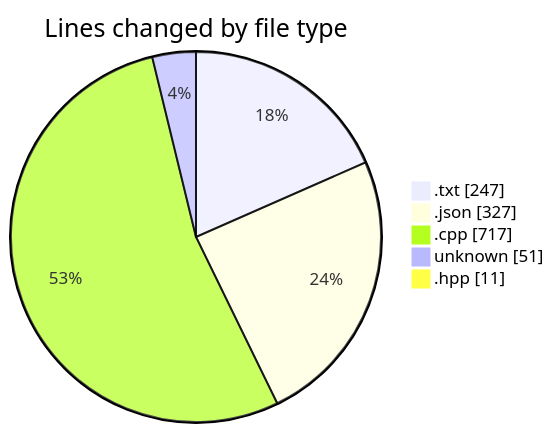
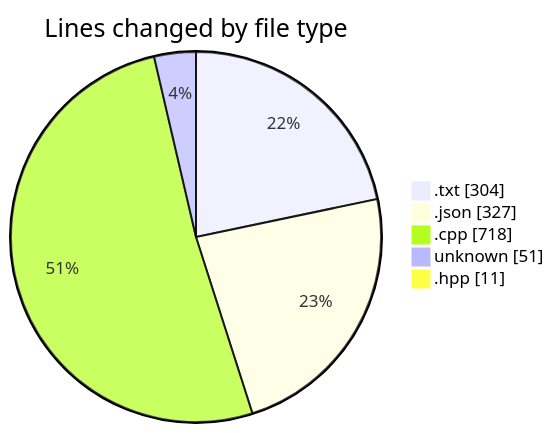
The first of 2 diagrams in 2025-04-07/echo/README.md (Netris89/code-tracking), drawn with Mermaid before and after one commit. The commit also changed other lines of this file and 1 other file, not shown here.

````diff
--- a/2025-04-07/echo/README.md
+++ b/2025-04-07/echo/README.md
@@ -29,9 +29,9 @@
 ```mermaid
 pie showData
 title Lines changed by file type
-".txt" : 247
+".txt" : 304
 ".json" : 327
-".cpp" : 717
+".cpp" : 718
 "unknown" : 51
 ".hpp" : 11
 ```
````
